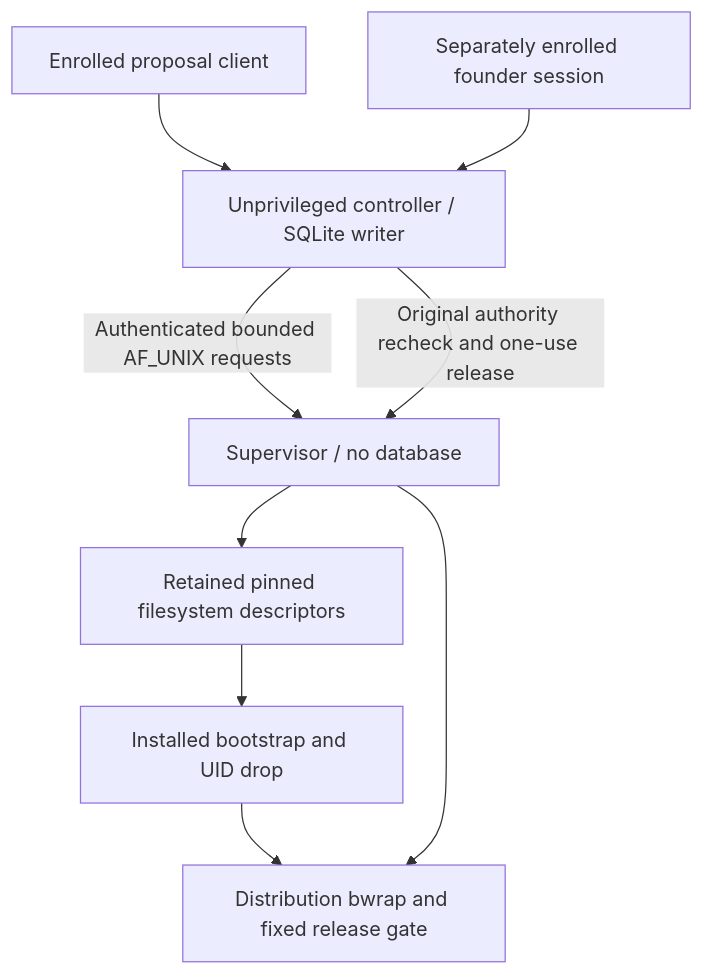
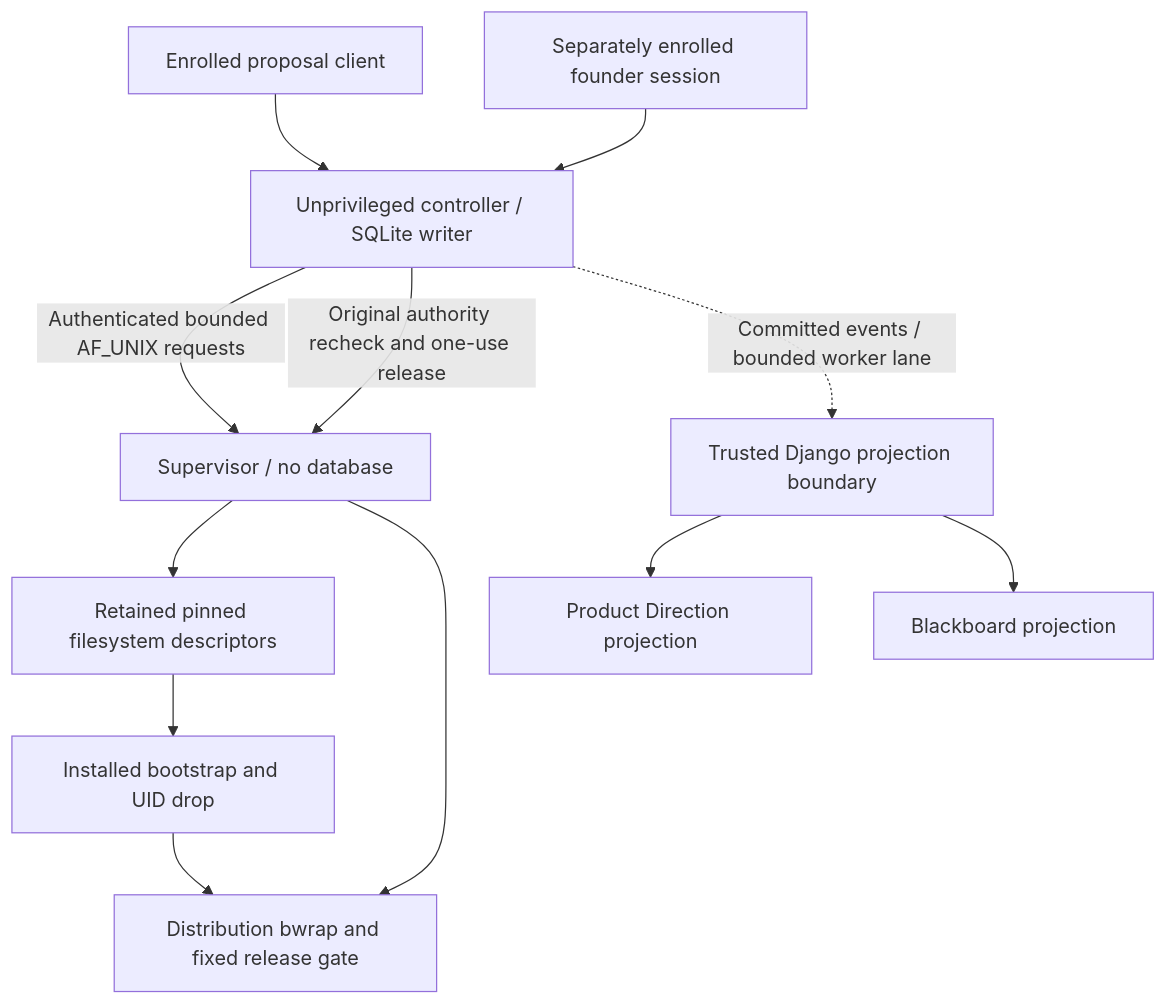
The diagram in docs/agent-control/installed-runtime-adapters.md (code-noir/bonup-blackboard), drawn with Mermaid before and after one commit. The commit also changed other lines of this file and 8 other files, not shown here.

````diff
--- a/docs/agent-control/installed-runtime-adapters.md
+++ b/docs/agent-control/installed-runtime-adapters.md
@@ -28,11 +71,14 @@
 ```mermaid
 flowchart TD
   P[Enrolled proposal client] --> C[Unprivileged controller / SQLite writer]
   F[Separately enrolled founder session] --> C
   C -->|Authenticated bounded AF_UNIX requests| S[Supervisor / no database]
   S --> I[Retained pinned filesystem descriptors]
   I --> B[Installed bootstrap and UID drop]
   B --> W[Distribution bwrap and fixed release gate]
   C -->|Original authority recheck and one-use release| S
   S --> W
+  C -.->|Committed events / bounded worker lane| D[Trusted Django projection boundary]
+  D --> PD[Product Direction projection]
+  D --> BB[Blackboard projection]
 ```
````
